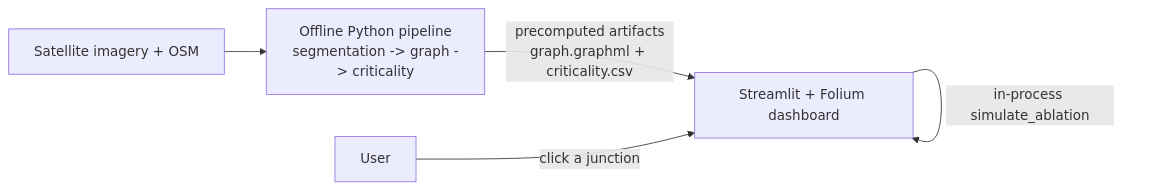
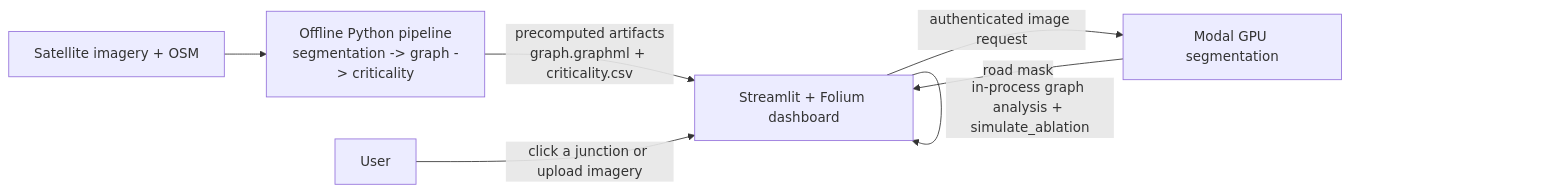
Before and after one commit to Akshat-Tiwari69/Trace: the diagram in docs/Design.md, drawn with Mermaid. The commit also changed other lines of this file and 2 other files, not shown here.

Commit message:
docs(audit): reconcile deployed architecture and local state

````diff
--- a/docs/Design.md
+++ b/docs/Design.md
@@ -29,7 +29,9 @@
 ```mermaid
 flowchart LR
     IMG[Satellite imagery + OSM] --> PIPE[Offline Python pipeline<br/>segmentation -> graph -> criticality]
     PIPE -->|precomputed artifacts<br/>graph.graphml + criticality.csv| APP[Streamlit + Folium dashboard]
-    USER[User] -->|click a junction| APP
-    APP -->|in-process simulate_ablation| APP
+    USER[User] -->|click a junction or upload imagery| APP
+    APP -->|authenticated image request| MODAL[Modal GPU segmentation]
+    MODAL -->|road mask| APP
+    APP -->|in-process graph analysis + simulate_ablation| APP
 ```
````
